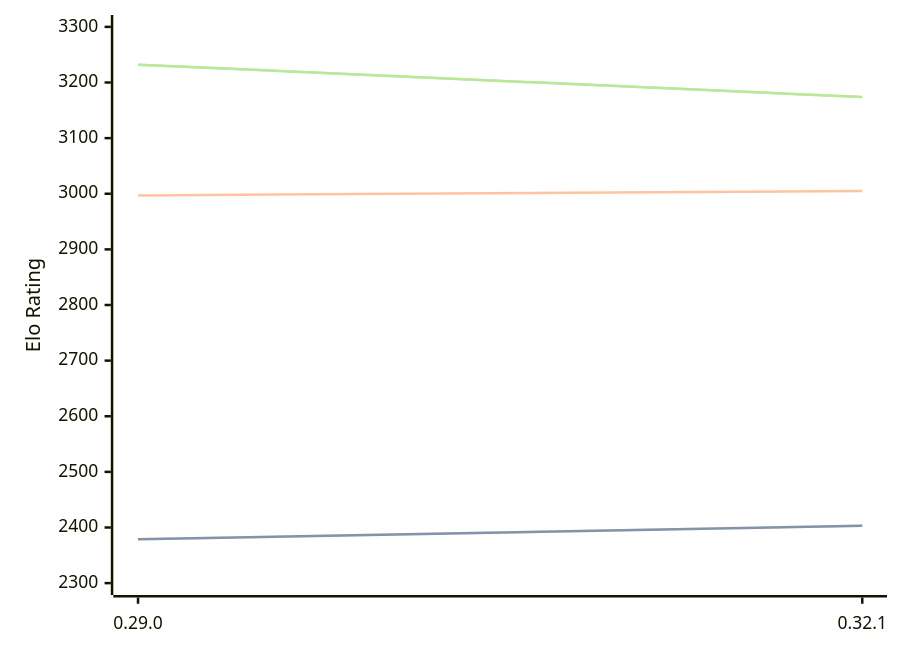
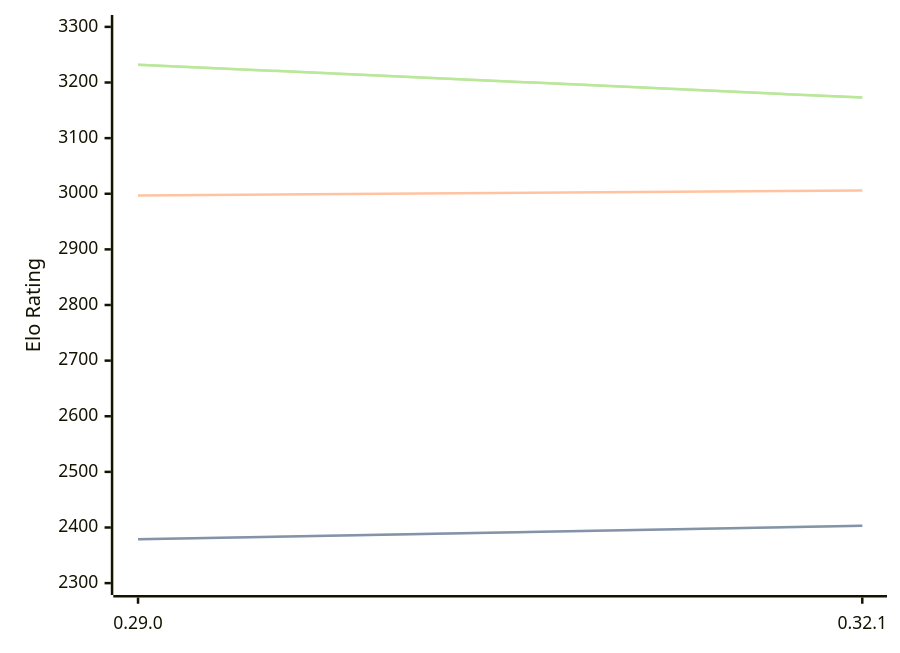
Before and after one commit to computer-chess-index/cci: the diagram in engines/Lc0.md, drawn with Mermaid. The commit also changed other lines of this file, not shown here.

Commit message:
Update CCI Ratings (ELO VLTC) - 2026-09-11

````diff
--- a/engines/Lc0.md
+++ b/engines/Lc0.md
@@ -32,11 +32,11 @@
 ```mermaid
 %%{init: {"theme":"base","themeVariables":{"seriesColors:['#a3a3a3','#222221','#faa371']}}}%%
 xychart-beta
   x-axis ["0.29.0", "0.32.1"]
   y-axis "Elo Rating" 2300 --> 3300
   line "" [2379, 2403]
   line "STC (8.0+0.08s)" [2379, 2403]
-  line "LTC (60.0+0.60s)" [2997, 3005]
-  line "" [3232, 3174]
-  line "VLTC (2m24s+1.12s)" [3232, 3174]
+  line "LTC (60.0+0.60s)" [2997, 3006]
+  line "" [3232, 3173]
+  line "VLTC (2m24s+1.12s)" [3232, 3173]
 ```
````
